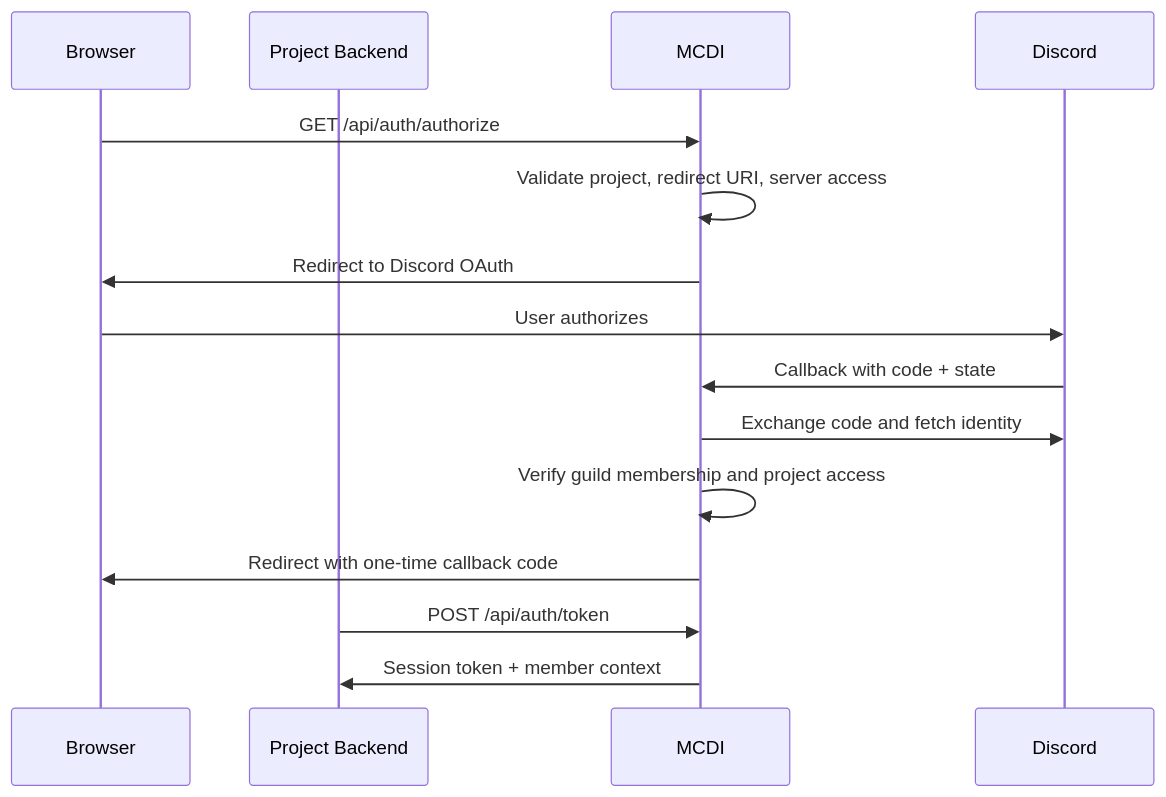
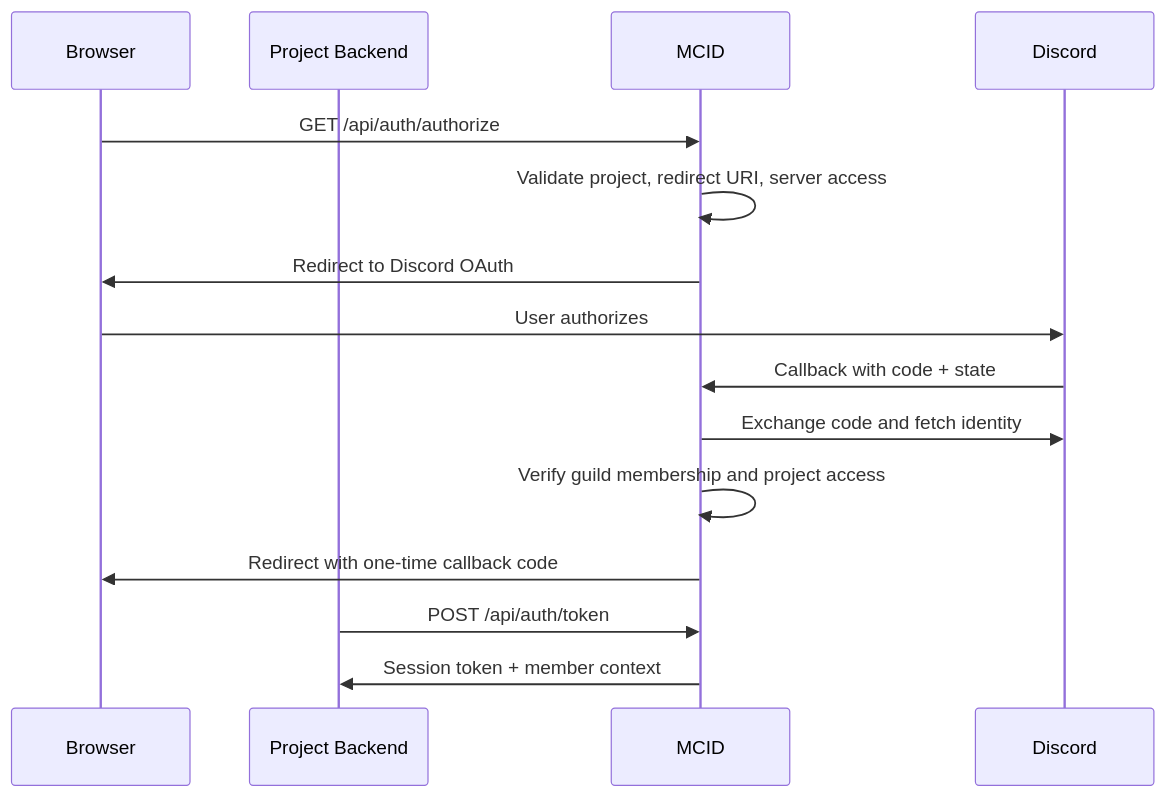
One commit to MicroClub-USTHB/MCDI changed the second of 3 diagrams in docs/specefication_document_last_version.md. Above: the diagram before and after it, drawn with Mermaid. The commit also changed other lines of this file and 24 other files, not shown here.

````diff
--- a/docs/specefication_document_last_version.md
+++ b/docs/specefication_document_last_version.md
@@ -58,18 +58,18 @@
 ```mermaid
 sequenceDiagram
   participant Browser
   participant ProjectBackend as Project Backend
-  participant MCDI
+  participant MCID
   participant Discord
 
-  Browser->>MCDI: GET /api/auth/authorize
-  MCDI->>MCDI: Validate project, redirect URI, server access
-  MCDI->>Browser: Redirect to Discord OAuth
+  Browser->>MCID: GET /api/auth/authorize
+  MCID->>MCID: Validate project, redirect URI, server access
+  MCID->>Browser: Redirect to Discord OAuth
   Browser->>Discord: User authorizes
-  Discord->>MCDI: Callback with code + state
-  MCDI->>Discord: Exchange code and fetch identity
-  MCDI->>MCDI: Verify guild membership and project access
-  MCDI->>Browser: Redirect with one-time callback code
-  ProjectBackend->>MCDI: POST /api/auth/token
-  MCDI->>ProjectBackend: Session token + member context
+  Discord->>MCID: Callback with code + state
+  MCID->>Discord: Exchange code and fetch identity
+  MCID->>MCID: Verify guild membership and project access
+  MCID->>Browser: Redirect with one-time callback code
+  ProjectBackend->>MCID: POST /api/auth/token
+  MCID->>ProjectBackend: Session token + member context
 ```
````
